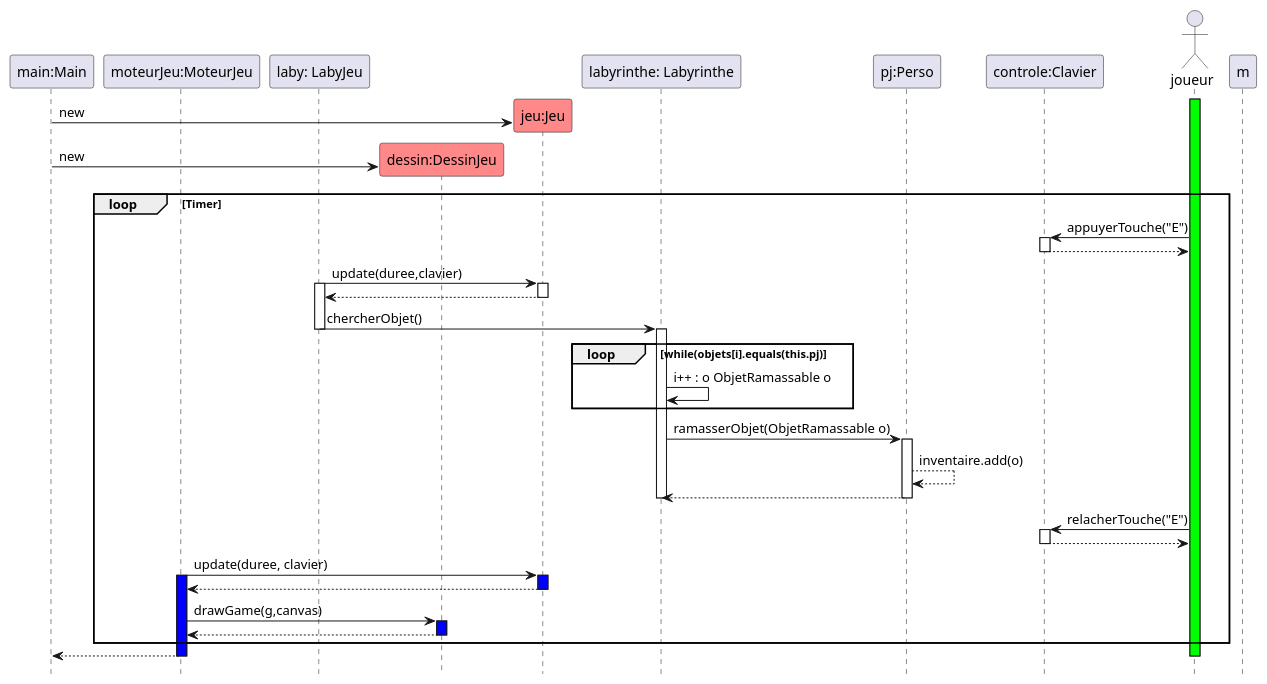
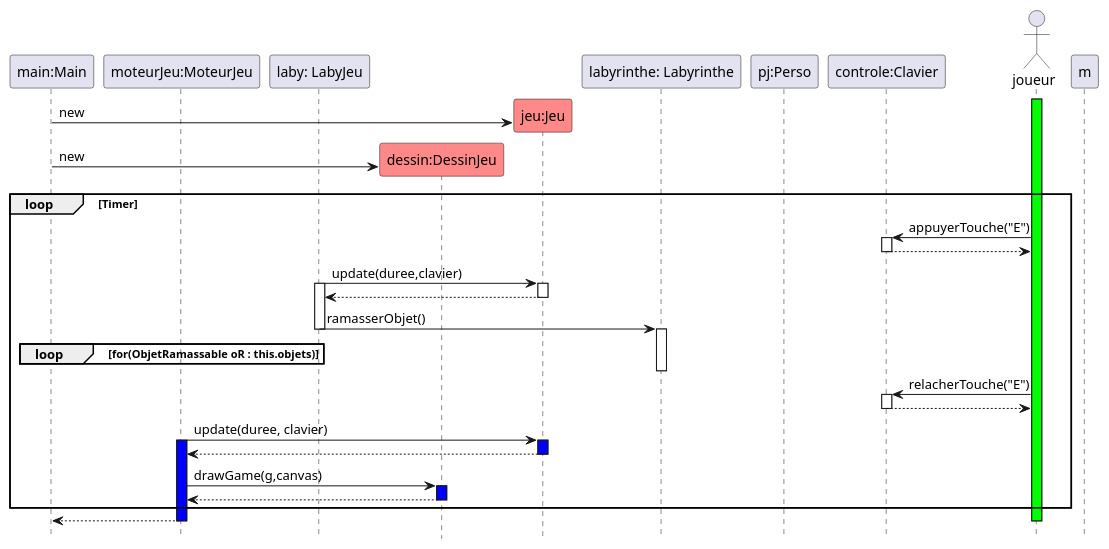
The diagram in documents/version_3/DiagSeq_Inventaire.puml (OoNeal/2022_zeldiablo_rionde8u_povoas1u_melchior25u_arnaud35u), drawn with PlantUML before and after one commit.

Commit message:
Mise à jour du diagramme de sequence

```diff
--- a/documents/version_3/DiagSeq_Inventaire.puml
+++ b/documents/version_3/DiagSeq_Inventaire.puml
@@ -1,77 +1,72 @@
 @startuml
 hide footbox
 
 participant "main:Main" as main
 participant "moteurJeu:MoteurJeu" as moteurJeu
 participant "laby: LabyJeu" as l
 participant "dessin:DessinJeu" as r #FF8888
 participant "jeu:Jeu" as game #FF8888
 participant "labyrinthe: Labyrinthe" as lab
 participant "pj:Perso" as p
 participant "controle:Clavier" as c
 actor "joueur" as j
 
 activate j #00FF00
 
 create game
 main-> game : new
 create r
 main-> r :new
 
 loop Timer
 j -> c : appuyerTouche("E")
 activate c
 c --> j
 deactivate c
 
 
 l -> game : update(duree,clavier)
 activate l
 activate game
 game --> l
 deactivate game
 
-l -> lab : chercherObjet()
+l -> lab : ramasserObjet()
 deactivate l
 activate lab
-loop while(objets[i].equals(this.pj)
-lab -> lab : i++ : o ObjetRamassable o
+loop for(ObjetRamassable oR : this.objets)
+
 end
 
-lab -> p : ramasserObjet(ObjetRamassable o)
-activate p
-p --> p : inventaire.add(o)
-p --> lab
-deactivate p
 deactivate lab
 
 
 j -> c : relacherTouche("E")
 activate c
 c --> j
 deactivate c
 
 
 moteurJeu -> game : update(duree, clavier)
 activate moteurJeu #0000FF
 activate game #0000FF
 
 moteurJeu <-- game
 deactivate game
 
 moteurJeu -> r : drawGame(g,canvas)
 activate r #0000FF
 
 moteurJeu <-- r
 deactivate r
 
 end
 
 main<-- moteurJeu
 deactivate moteurJeu
 deactivate c
 deactivate l
 deactivate m
 deactivate j
 
 @enduml
```
